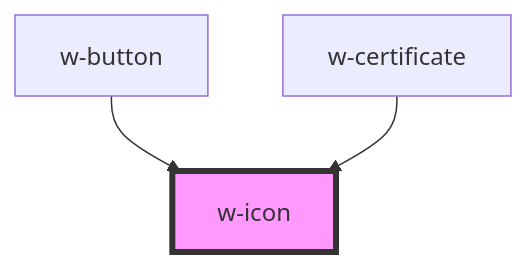
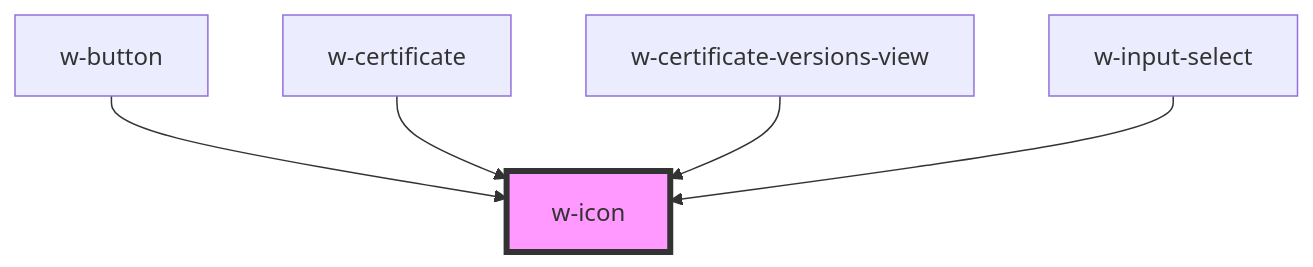
The diagram in src/components/w-icon/readme.md (wordproof/ui), drawn with Mermaid before and after one commit. The commit also changed other lines of this file and 7 other files, not shown here.

````diff
--- a/src/components/w-icon/readme.md
+++ b/src/components/w-icon/readme.md
@@ -24,6 +26,8 @@
 ```mermaid
 graph TD;
   w-button --> w-icon
   w-certificate --> w-icon
+  w-certificate-versions-view --> w-icon
+  w-input-select --> w-icon
   style w-icon fill:#f9f,stroke:#333,stroke-width:4px
 ```
````
